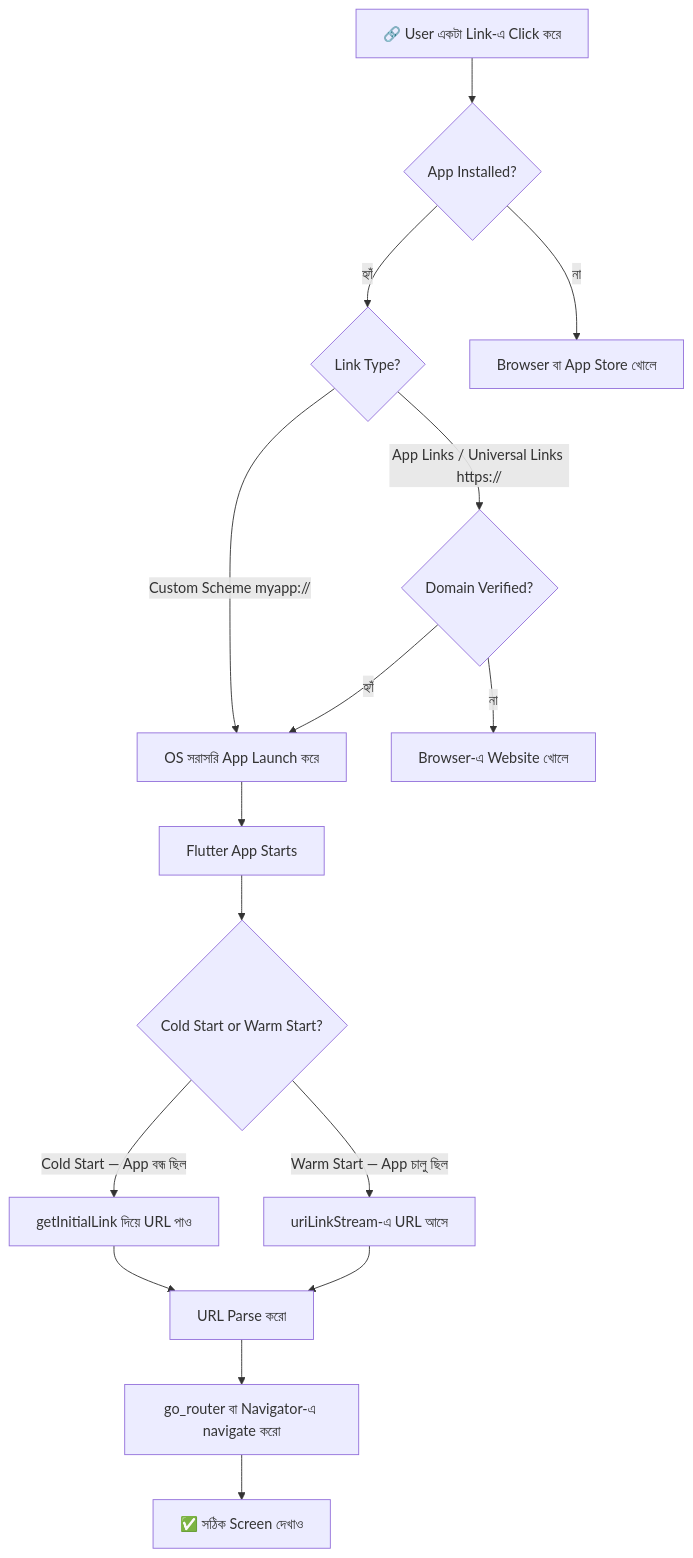
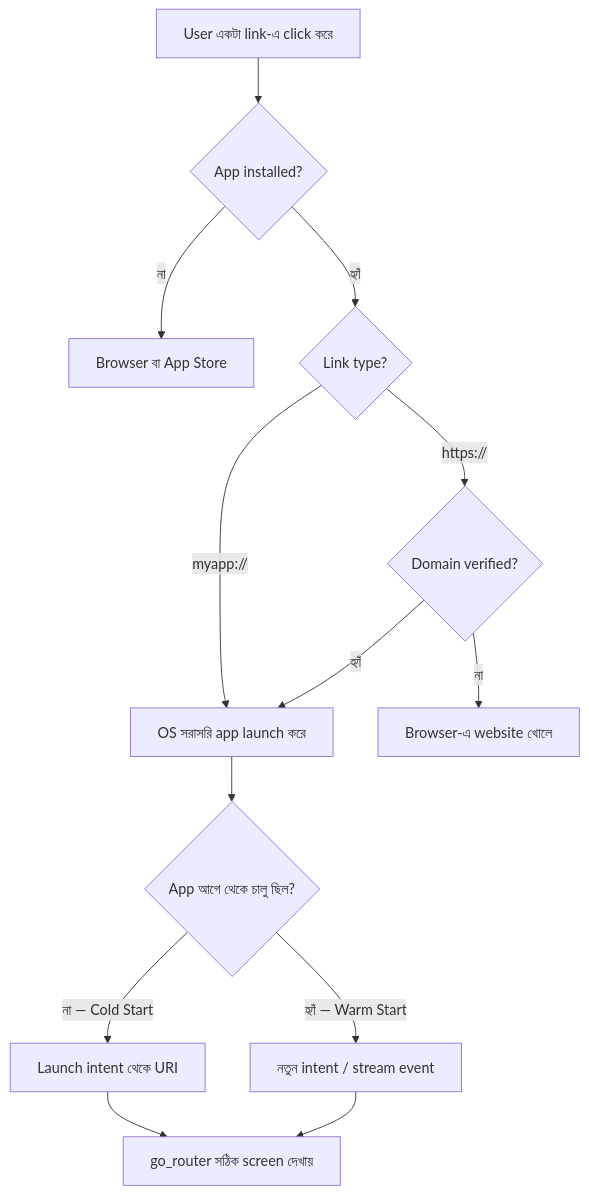
The diagram in flutter/deep-link-guide.md (yousufCse/engineer-codex), drawn with Mermaid before and after one commit. The commit also changed other lines of this file and 3 other files, not shown here.

First line of the commit message:
docs(flutter): add Firebase push setup guide, rewrite deep link guide

````diff
--- a/flutter/deep-link-guide.md
+++ b/flutter/deep-link-guide.md
@@ -206,24 +127,15 @@
 ```mermaid
 flowchart TD
-    A[🔗 User একটা Link-এ Click করে] --> B{App Installed?}
-    B -->|হ্যাঁ| C{Link Type?}
-    B -->|না| D[Browser বা App Store খোলে]
-
-    C -->|Custom Scheme myapp://| E[OS সরাসরি App Launch করে]
-    C -->|App Links / Universal Links https://| F{Domain Verified?}
-
+    A[User একটা link-এ click করে] --> B{App installed?}
+    B -->|না| C[Browser বা App Store]
+    B -->|হ্যাঁ| D{Link type?}
+    D -->|myapp://| E[OS সরাসরি app launch করে]
+    D -->|https://| F{Domain verified?}
     F -->|হ্যাঁ| E
-    F -->|না| G[Browser-এ Website খোলে]
-
-    E --> H[Flutter App Starts]
-    H --> I{Cold Start or Warm Start?}
-
-    I -->|Cold Start — App বন্ধ ছিল| J[getInitialLink দিয়ে URL পাও]
-    I -->|Warm Start — App চালু ছিল| K[uriLinkStream-এ URL আসে]
-
-    J --> L[URL Parse করো]
-    K --> L
-
-    L --> M[go_router বা Navigator-এ navigate করো]
-    M --> N[✅ সঠিক Screen দেখাও]
+    F -->|না| G[Browser-এ website খোলে]
+    E --> H{App আগে থেকে চালু ছিল?}
+    H -->|না — Cold Start| I[Launch intent থেকে URI]
+    H -->|হ্যাঁ — Warm Start| J[নতুন intent / stream event]
+    I --> K[go_router সঠিক screen দেখায়]
+    J --> K
 ```
````
